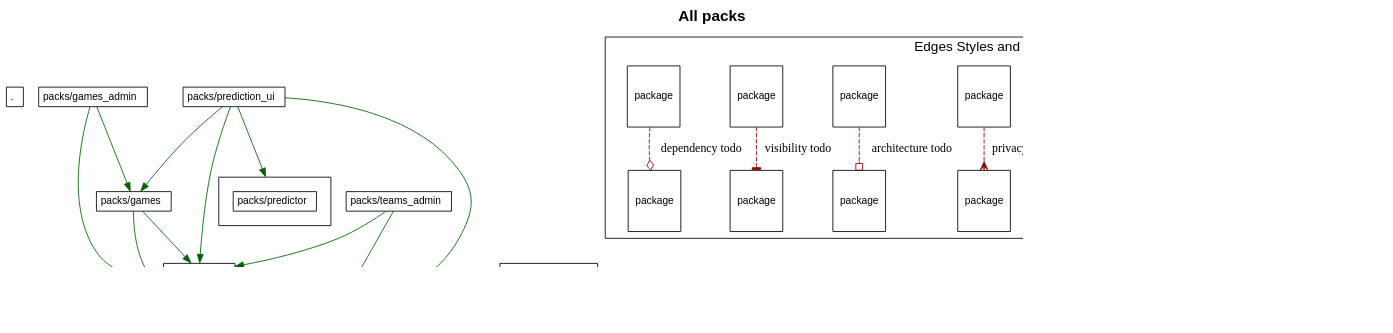
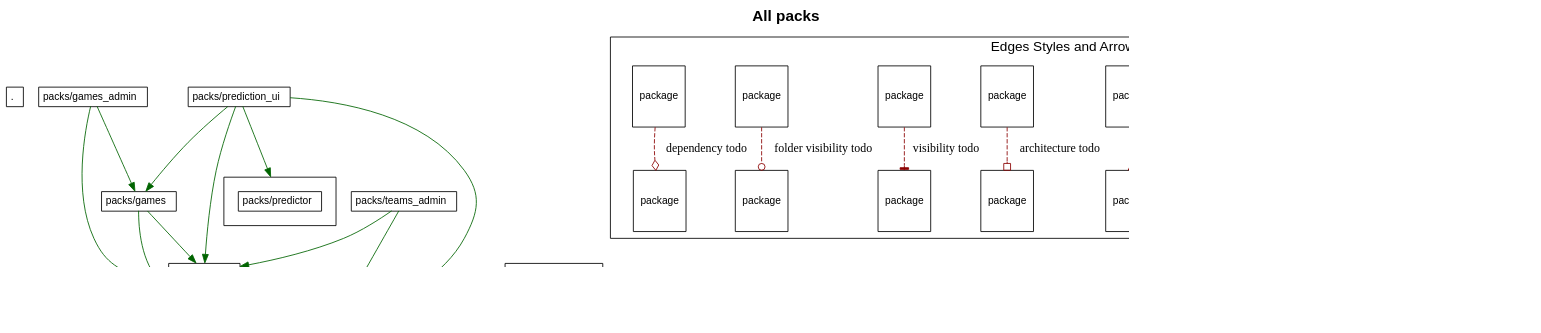
The diagram in c4s01/sportsball/c4s01_b_fixed.dot (shageman/package-based-rails-applications-book), drawn with Graphviz before and after one commit. The commit also changed 192 other files, not shown here.

```diff
--- a/c4s01/sportsball/c4s01_b_fixed.dot
+++ b/c4s01/sportsball/c4s01_b_fixed.dot
@@ -1,159 +1,162 @@
 digraph package_diagram {
   rankdir=TD
   graph [
     labelloc="t"
     fontname="Helvetica,Arial,sans-serif"
     dpi=100
     layout=dot
-    label=<<b>All packs</b>>
+    label=<<b>All packs</b><br/>>
     fontsize=18
   ]
   node [
     fontname="Helvetica,Arial,sans-serif"
     fontsize=26.0
     fontcolor=black
     fillcolor=white
     color=black
     height=1.0
     style=filled
     shape=plain
   ]
     subgraph NotInLayer {
       shape=box
       color=darkgrey
       fillcolor=lightblue
       style=filled
         cluster=false
         "." [
             fontsize=12.0
             label= <
                 <table border='0' cellborder='1' cellspacing='0' cellpadding='4'>
                   <tr> <td align='left'> . </td> </tr>
                 </table>
               >
           ]
         
         "packs/games" [
             fontsize=12.0
             label= <
                 <table border='0' cellborder='1' cellspacing='0' cellpadding='4'>
                   <tr> <td align='left'> packs/games </td> </tr>
                 </table>
               >
           ]
         
         "packs/games_admin" [
             fontsize=12.0
             label= <
                 <table border='0' cellborder='1' cellspacing='0' cellpadding='4'>
                   <tr> <td align='left'> packs/games_admin </td> </tr>
                 </table>
               >
           ]
         
         "packs/prediction_ui" [
             fontsize=12.0
             label= <
                 <table border='0' cellborder='1' cellspacing='0' cellpadding='4'>
                   <tr> <td align='left'> packs/prediction_ui </td> </tr>
                 </table>
               >
           ]
         
         "packs/predictor" [
             fontsize=12.0
             label= <
                 <table border='0' cellborder='1' cellspacing='0' cellpadding='16'><tr><td>
                   <table border='0' cellborder='1' cellspacing='0' cellpadding='4'>
                     <tr> <td port='private'> packs/predictor </td> </tr>
                   </table>
                   </td></tr>
                   </table>
               >
           ]
         
         "packs/rails_shims" [
             fontsize=12.0
             label= <
                 <table border='0' cellborder='1' cellspacing='0' cellpadding='4'>
                   <tr> <td align='left'> packs/rails_shims </td> </tr>
                 </table>
               >
           ]
         
         "packs/teams" [
             fontsize=12.0
             label= <
                 <table border='0' cellborder='1' cellspacing='0' cellpadding='4'>
                   <tr> <td align='left'> packs/teams </td> </tr>
                 </table>
               >
           ]
         
         "packs/teams_admin" [
             fontsize=12.0
             label= <
                 <table border='0' cellborder='1' cellspacing='0' cellpadding='4'>
                   <tr> <td align='left'> packs/teams_admin </td> </tr>
                 </table>
               >
           ]
         
         "packs/welcome_ui" [
             fontsize=12.0
             label= <
                 <table border='0' cellborder='1' cellspacing='0' cellpadding='4'>
                   <tr> <td align='left'> packs/welcome_ui </td> </tr>
                 </table>
               >
           ]
         
     }
           "packs/games" -> "packs/rails_shims" [ color=darkgreen ]
           "packs/games" -> "packs/teams" [ color=darkgreen ]
           "packs/games_admin" -> "packs/games" [ color=darkgreen ]
           "packs/games_admin" -> "packs/rails_shims" [ color=darkgreen ]
           "packs/prediction_ui" -> "packs/games" [ color=darkgreen ]
           "packs/prediction_ui" -> "packs/predictor" [ color=darkgreen ]
           "packs/prediction_ui" -> "packs/rails_shims" [ color=darkgreen ]
           "packs/prediction_ui" -> "packs/teams" [ color=darkgreen ]
           "packs/teams" -> "packs/rails_shims" [ color=darkgreen ]
           "packs/teams_admin" -> "packs/rails_shims" [ color=darkgreen ]
           "packs/teams_admin" -> "packs/teams" [ color=darkgreen ]
           "packs/welcome_ui" -> "packs/rails_shims" [ color=darkgreen ]
     subgraph cluster_legend {
       fontsize=16
       label="Edges Styles and Arrow Heads"
       A [ fontsize=12 shape=box label="package"]
       B [ fontsize=12 shape=box label="package"]
       A -> B [label="accepted dependency" color=darkgreen]
-      K [ fontsize=12 shape=box label="package"]
-      L [ fontsize=12 shape=box label="package"]
-      K -> L [label="nested package" color=purple]
       M [ fontsize=12 shape=box label="package"]
       N [ fontsize=12 shape=box label="package"]
-      M -> N [label="visibile to" color=blue]
+      M -> N [label="nested package" color=purple]
+      O [ fontsize=12 shape=box label="package"]
+      P [ fontsize=12 shape=box label="package"]
+      O -> P [label="visibile to" color=blue]
       C [ fontsize=12 shape=box label="package"]
       D [ fontsize=12 shape=box label="package"]
       C -> D [label="privacy todo" color=darkred style=dashed arrowhead=crow]
       E [ fontsize=12 shape=box label="package"]
       F [ fontsize=12 shape=box label="package"]
       E -> F [label="architecture todo" color=darkred style=dashed arrowhead=obox]
       G [ fontsize=12 shape=box label="package"]
       H [ fontsize=12 shape=box label="package"]
       G -> H [label="visibility todo" color=darkred style=dashed arrowhead=tee]
       I [ fontsize=12 shape=box label="package"]
       J [ fontsize=12 shape=box label="package"]
-      I -> J [label="dependency todo" color=darkred style=dashed arrowhead=odiamond]
+      I -> J [label="folder visibility todo" color=darkred style=dashed arrowhead=odot]
+      K [ fontsize=12 shape=box label="package"]
+      L [ fontsize=12 shape=box label="package"]
+      K -> L [label="dependency todo" color=darkred style=dashed arrowhead=odiamond]
       LEGEND_NODE_1 [ label="" peripheries=0 height=0 width=0 style=invis ]
       LEGEND_NODE_2 [ label="" peripheries=0 height=0 width=0 style=invis ]
       LEGEND_NODE_1 -> LEGEND_NODE_2 [ style=invis ]
     }
   subgraph cluster_teams_legend {
     fontsize=16
     label="Team Colors"
 
 
   }
     LEGEND_NODE_2 -> "" [style=invis]
 }
```
